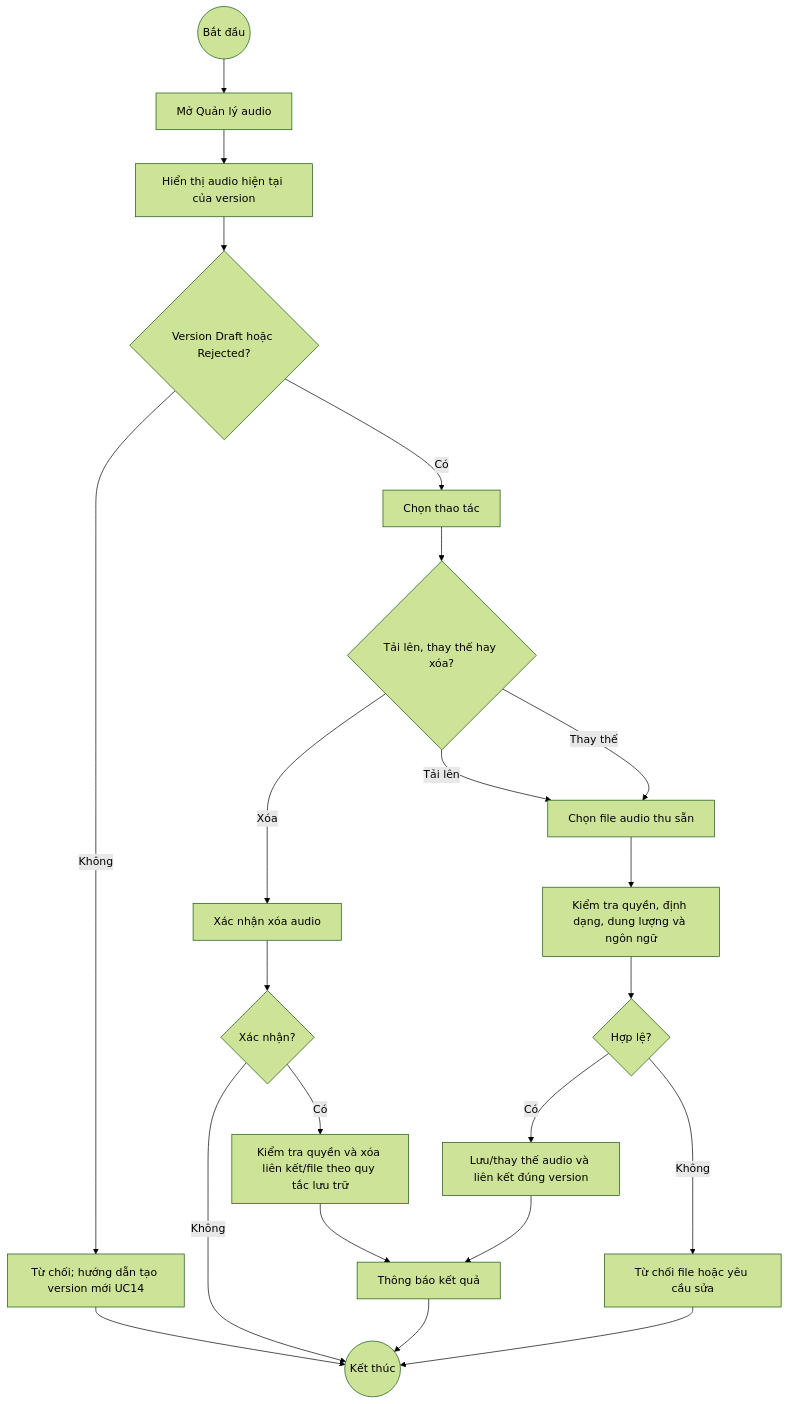
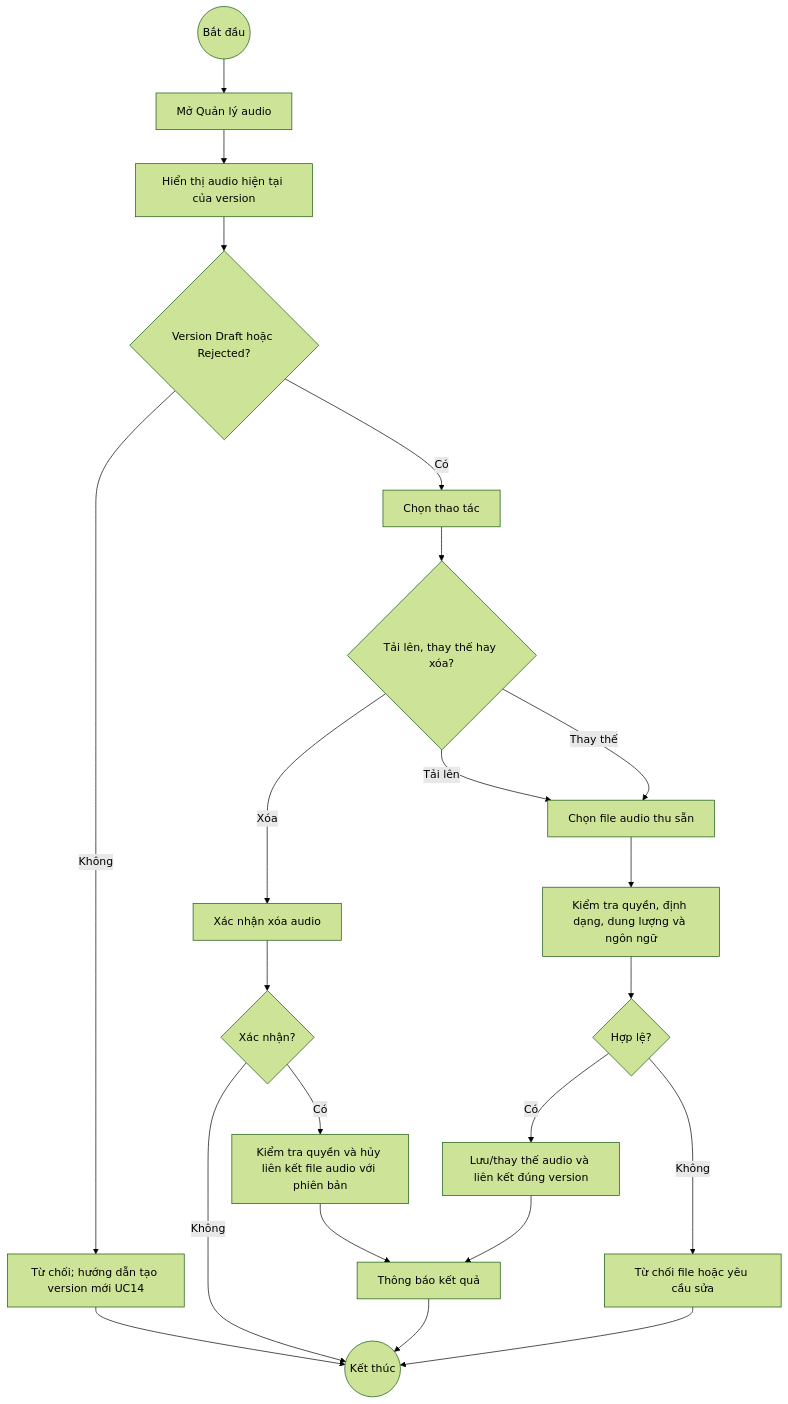
Before and after one commit to Ren4g/Seminar: diagram 23 of 47 in bo_so_do_he_thong_thuyet_minh_v3.md, drawn with Mermaid (forest theme). The commit also changed other lines of this file and 12 other files, not shown here.

````diff
--- a/bo_so_do_he_thong_thuyet_minh_v3.md
+++ b/bo_so_do_he_thong_thuyet_minh_v3.md
@@ -680,20 +727,20 @@
 ```mermaid
 flowchart TD
  S((Bắt đầu)) --> A[Mở Quản lý audio]
  A --> B[Hiển thị audio hiện tại của version]
  B --> C{Version Draft hoặc Rejected?}
  C -- Không --> D[Từ chối; hướng dẫn tạo version mới UC14] --> Z((Kết thúc))
  C -- Có --> E[Chọn thao tác]
  E --> F{Tải lên, thay thế hay xóa?}
  F -- Tải lên --> G[Chọn file audio thu sẵn]
  F -- Thay thế --> G
  F -- Xóa --> H[Xác nhận xóa audio]
  H --> I{Xác nhận?}
  I -- Không --> Z
- I -- Có --> J[Kiểm tra quyền và xóa liên kết/file theo quy tắc lưu trữ] --> K[Thông báo kết quả] --> Z
+ I -- Có --> J[Kiểm tra quyền và hủy liên kết file audio với phiên bản] --> K[Thông báo kết quả] --> Z
  G --> L[Kiểm tra quyền, định dạng, dung lượng và ngôn ngữ]
  L --> M{Hợp lệ?}
  M -- Không --> N[Từ chối file hoặc yêu cầu sửa] --> Z
  M -- Có --> O[Lưu/thay thế audio và liên kết đúng version]
  O --> K
 ```
````
